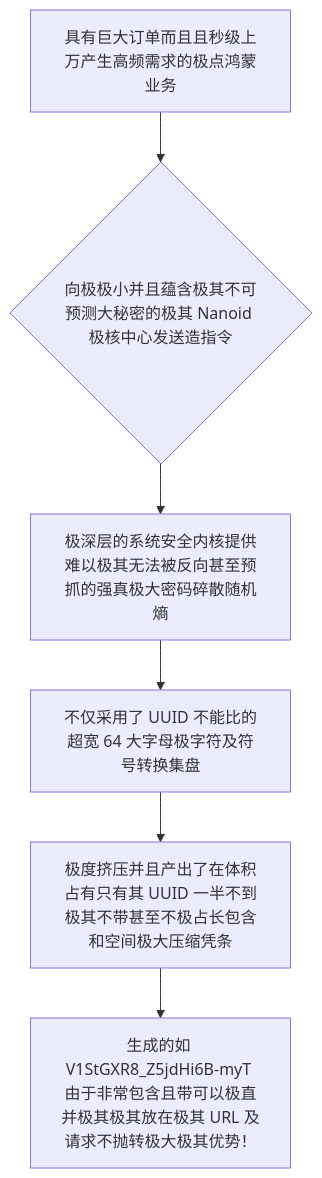
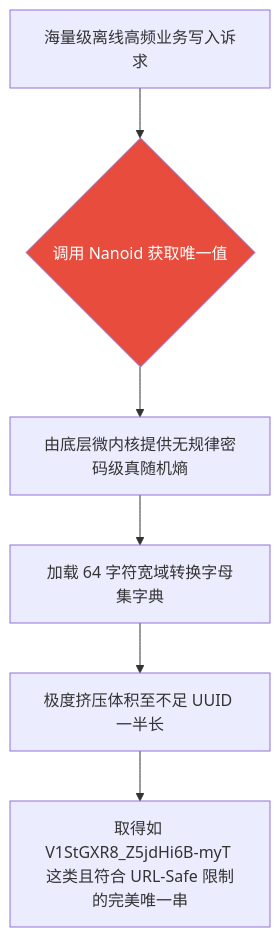
One commit to happyphper/blog changed the diagram in posts/2026/0221/nanoid.md. Above: the diagram before and after it, drawn with Mermaid. The commit also changed other lines of this file and 4 other files, not shown here.

````diff
--- a/posts/2026/0221/nanoid.md
+++ b/posts/2026/0221/nanoid.md
@@ -18,8 +30,9 @@
 ```mermaid
 graph TD
-    A[具有巨大订单而且且秒级上万产生高频需求的极点鸿蒙业务] --> B{向极极小并且蕴含极其不可预测大秘密的极其 Nanoid 极核中心发送造指令}
-    B --> C[极深层的系统安全内核提供难以极其无法被反向甚至预抓的强真极大密码碎散随机熵]
-    C --> D[不仅采用了 UUID 不能比的超宽 64 大字母极字符及符号转换集盘]
-    D --> E[极度挤压并且产出了在体积占有只有其 UUID 一半不到极其不带甚至不极占长包含和空间极大压缩凭条]
-    E --> F[生成的如 V1StGXR8_Z5jdHi6B-myT 由于非常包含且带可以极直并极其极其放在极其 URL 及请求不抛转极大极其优势！]
+    A[海量级离线高频业务写入诉求] --> B{调用 Nanoid 获取唯一值}
+    B --> C[由底层微内核提供无规律密码级真随机熵]
+    C --> D[加载 64 字符宽域转换字母集字典]
+    D --> E[极度挤压体积至不足 UUID 一半长]
+    E --> F[取得如 V1StGXR8_Z5jdHi6B-myT 这类且符合 URL-Safe 限制的完美唯一串]
+    style B fill:#e74c3c,color:white
 ```
````
